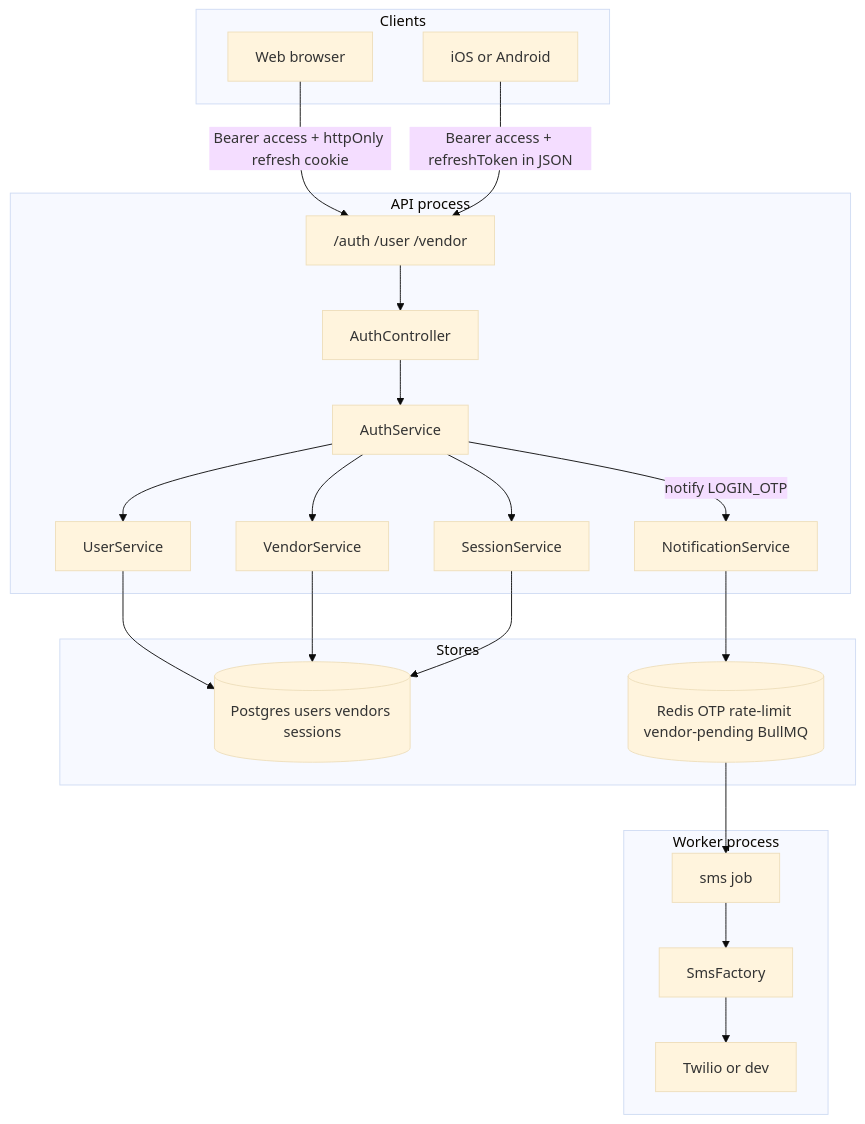
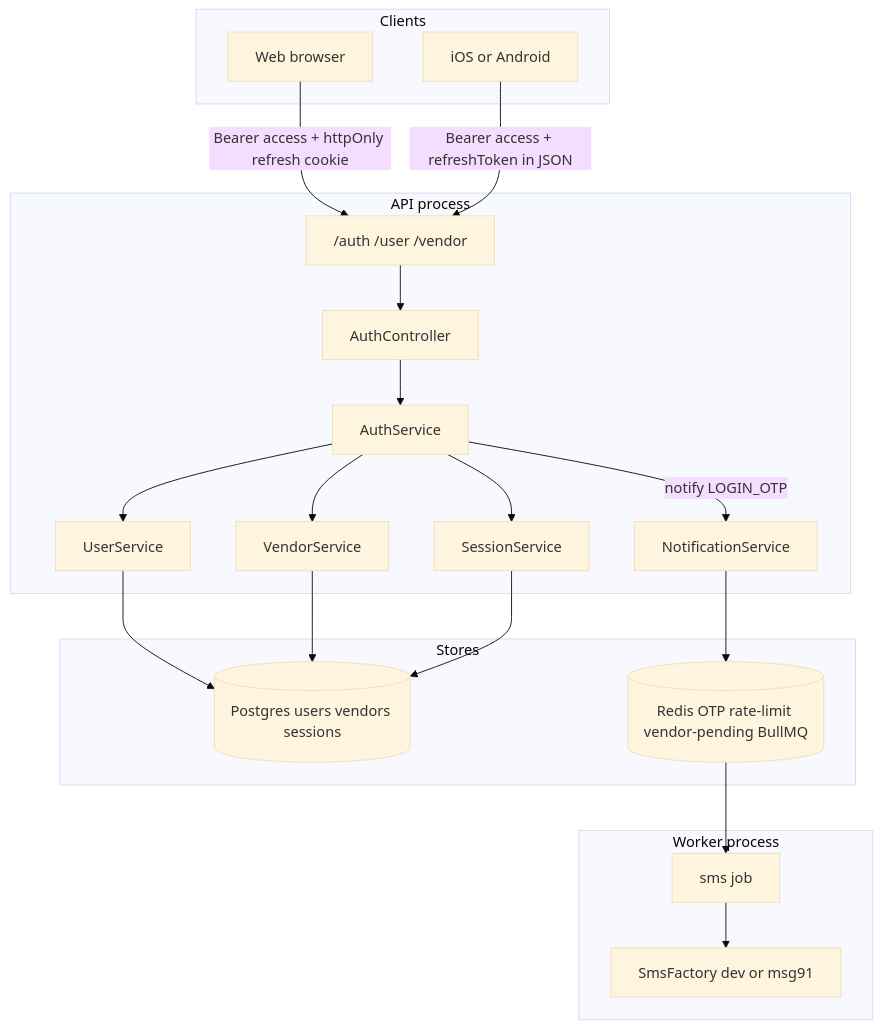
The first of 2 diagrams in backend/docs/identity.md (Ashisharjun12/decoryy.com), drawn with Mermaid (base theme) before and after one commit. The commit also changed other lines of this file and 37 other files, not shown here.

````diff
--- a/backend/docs/identity.md
+++ b/backend/docs/identity.md
@@ -61,37 +61,36 @@
 ```mermaid
 flowchart TB
   subgraph clients [Clients]
     Web[Web browser]
     Mobile[iOS or Android]
   end
 
   subgraph api [API process]
     Routes["/auth /user /vendor"]
     AuthCtrl[AuthController]
     AuthSvc[AuthService]
     UserSvc[UserService]
     VendorSvc[VendorService]
     SessionSvc[SessionService]
     NotifySvc[NotificationService]
   end
 
   subgraph stores [Stores]
     PG[(Postgres users vendors sessions)]
     Redis[(Redis OTP rate-limit vendor-pending BullMQ)]
   end
 
   subgraph worker [Worker process]
     SmsJob[sms job]
-    SmsFactory[SmsFactory]
-    Twilio[Twilio or dev]
+    SmsFactory[SmsFactory dev or msg91]
   end
 
   Web -->|"Bearer access + httpOnly refresh cookie"| Routes
   Mobile -->|"Bearer access + refreshToken in JSON"| Routes
   Routes --> AuthCtrl --> AuthSvc
   AuthSvc --> UserSvc --> PG
   AuthSvc --> VendorSvc --> PG
   AuthSvc --> SessionSvc --> PG
   AuthSvc -->|"notify LOGIN_OTP"| NotifySvc --> Redis
-  Redis --> SmsJob --> SmsFactory --> Twilio
+  Redis --> SmsJob --> SmsFactory
 ```
````
